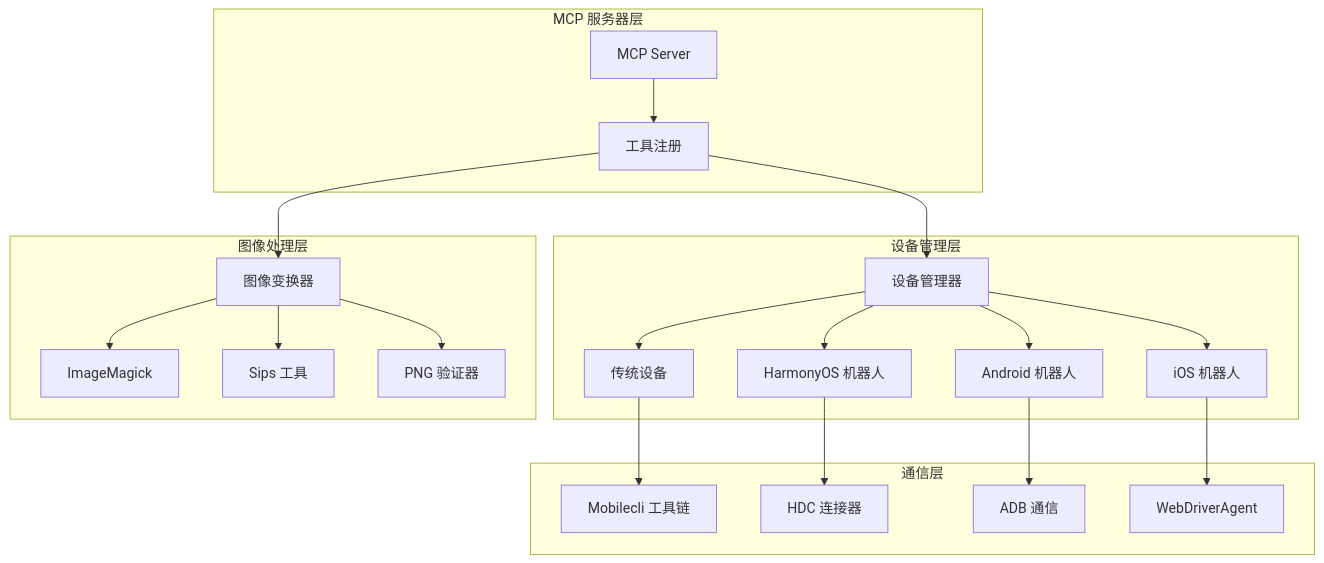
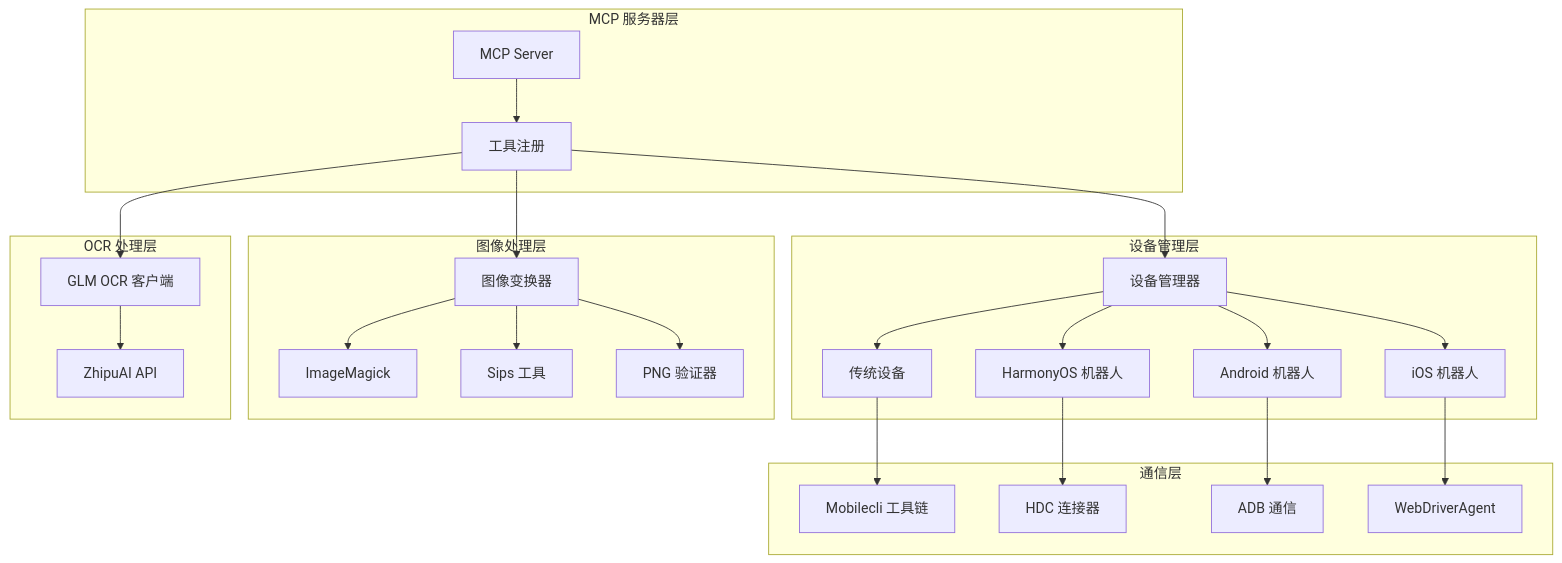
Before and after one commit to zedomi/mobile-mcp-hmos: the fourth of 12 diagrams in .qoder/repowiki/zh/content/MCP 工具参考/屏幕交互工具/屏幕交互工具.md, drawn with Mermaid. The commit also changed other lines of this file and 3 other files, not shown here.

````diff
--- a/.qoder/repowiki/zh/content/MCP 工具参考/屏幕交互工具/屏幕交互工具.md
+++ b/.qoder/repowiki/zh/content/MCP 工具参考/屏幕交互工具/屏幕交互工具.md
@@ -159,40 +199,46 @@
 ```mermaid
 graph TB
 subgraph "MCP 服务器层"
 MCPServer[MCP Server]
 Tools[工具注册]
 end
 subgraph "设备管理层"
 DeviceManager[设备管理器]
 HarmonyRobot[HarmonyOS 机器人]
 IosRobot[iOS 机器人]
 AndroidRobot[Android 机器人]
 MobileDevice[传统设备]
 end
 subgraph "图像处理层"
 ImageTransformer[图像变换器]
 ImageMagick[ImageMagick]
 Sips[Sips 工具]
 PNGValidator[PNG 验证器]
 end
+subgraph "OCR 处理层"
+GlmOcrClient[GLM OCR 客户端]
+ZhipuAI[ZhipuAI API]
+end
 subgraph "通信层"
 Mobilecli[Mobilecli 工具链]
 HDC[HDC 连接器]
 ADB[ADB 通信]
 WebDriverAgent[WebDriverAgent]
 end
 MCPServer --> Tools
 Tools --> DeviceManager
 DeviceManager --> HarmonyRobot
 DeviceManager --> IosRobot
 DeviceManager --> AndroidRobot
 DeviceManager --> MobileDevice
 Tools --> ImageTransformer
 ImageTransformer --> ImageMagick
 ImageTransformer --> Sips
 ImageTransformer --> PNGValidator
+Tools --> GlmOcrClient
+GlmOcrClient --> ZhipuAI
 HarmonyRobot --> HDC
 IosRobot --> WebDriverAgent
 AndroidRobot --> ADB
 MobileDevice --> Mobilecli
 ```
````
